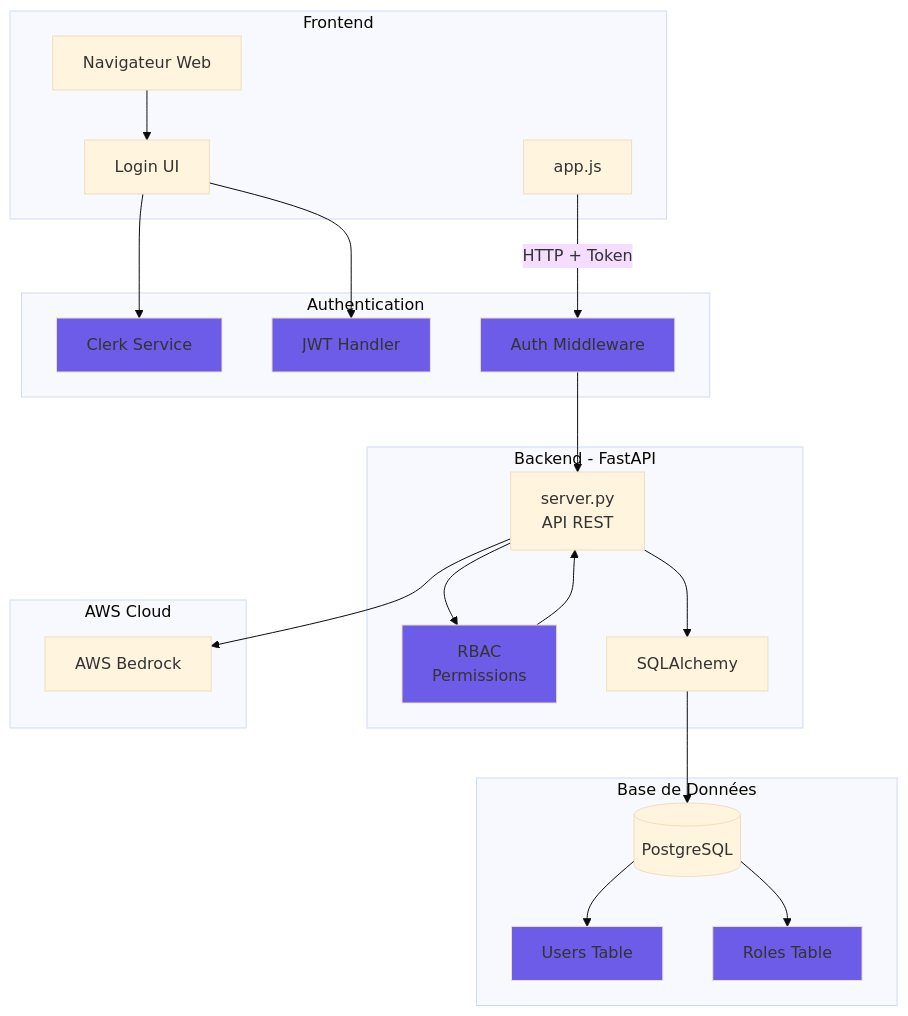
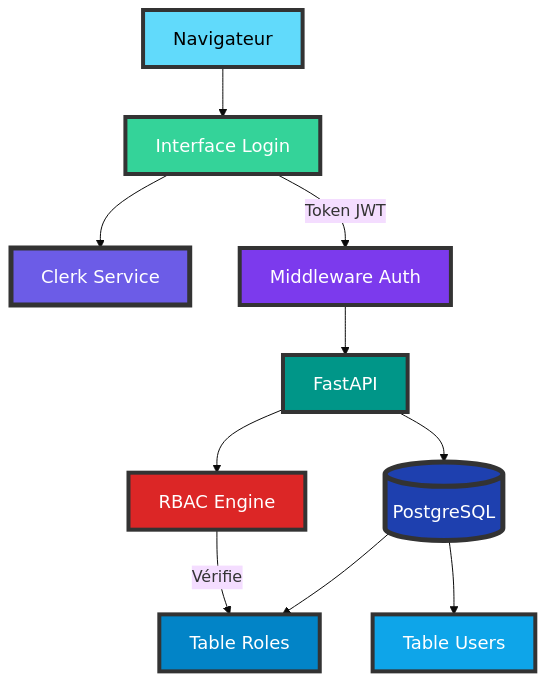
One commit to inskillflow/awsbedrock-demo-1-inmemory changed the eighth of 15 diagrams in documentation/00-ARCHITECTURE.md. Above: the diagram before and after it, drawn with Mermaid (base theme). The commit also changed other lines of this file, not shown here.

First line of the commit message:
docs: amélioration de la visibilité des diagrammes d'architecture

````diff
--- a/documentation/00-ARCHITECTURE.md
+++ b/documentation/00-ARCHITECTURE.md
@@ -220,56 +285,36 @@
 ```mermaid
 graph TB
-    subgraph "Frontend"
-        Browser[Navigateur Web]
-        JS[app.js]
-        Login[Login UI]
-    end
+    Browser[Navigateur]
+    Login[Interface Login]
     
-    subgraph "Authentication"
-        Clerk[Clerk Service]
-        JWT[JWT Handler]
-        Auth[Auth Middleware]
-    end
+    Clerk[Clerk Service]
+    Auth[Middleware Auth]
     
-    subgraph "Backend - FastAPI"
-        API[server.py<br/>API REST]
-        RBAC[RBAC<br/>Permissions]
-        ORM[SQLAlchemy]
-    end
+    API[FastAPI]
+    RBAC[RBAC Engine]
     
-    subgraph "Base de Données"
-        DB[(PostgreSQL)]
-        Users[Users Table]
-        Roles[Roles Table]
-    end
-    
-    subgraph "AWS Cloud"
-        Bedrock[AWS Bedrock]
-    end
+    DB[(PostgreSQL)]
+    Users[Table Users]
+    Roles[Table Roles]
     
     Browser --> Login
     Login --> Clerk
-    Login --> JWT
-    
-    JS -->|HTTP + Token| Auth
+    Login -->|Token JWT| Auth
     Auth --> API
     API --> RBAC
-    RBAC --> API
+    RBAC -->|Vérifie| Roles
     
-    API --> ORM
-    ORM --> DB
+    API --> DB
     DB --> Users
     DB --> Roles
     
-    API --> Bedrock
-    
-    style Clerk fill:#6C5CE7
-    style JWT fill:#6C5CE7
-    style Auth fill:#6C5CE7
-    style RBAC fill:#6C5CE7
-    style Users fill:#6C5CE7
-    style Roles fill:#6C5CE7
-    
-    classDef new fill:#90EE90
-    class Clerk,JWT,Auth,RBAC,Users,Roles new
+    style Browser fill:#61DAFB,stroke:#333,stroke-width:4px,color:#000,font-size:18px
+    style Login fill:#34D399,stroke:#333,stroke-width:4px,color:#fff,font-size:18px
+    style Clerk fill:#6C5CE7,stroke:#333,stroke-width:5px,color:#fff,font-size:18px
+    style Auth fill:#7C3AED,stroke:#333,stroke-width:4px,color:#fff,font-size:18px
+    style API fill:#009688,stroke:#333,stroke-width:4px,color:#fff,font-size:18px
+    style RBAC fill:#DC2626,stroke:#333,stroke-width:4px,color:#fff,font-size:18px
+    style DB fill:#1E40AF,stroke:#333,stroke-width:5px,color:#fff,font-size:18px
+    style Users fill:#0EA5E9,stroke:#333,stroke-width:4px,color:#fff,font-size:18px
+    style Roles fill:#0284C7,stroke:#333,stroke-width:4px,color:#fff,font-size:18px
 ```
````
